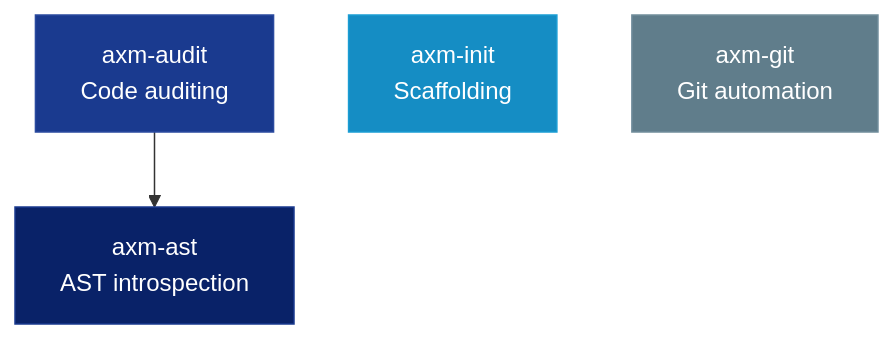
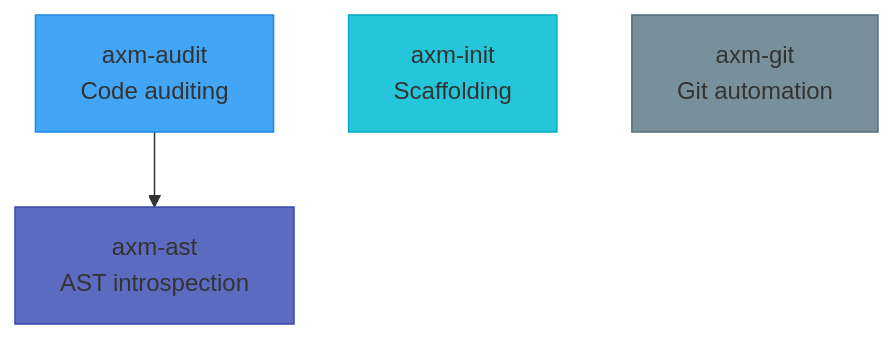
One commit to axm-protocols/axm-forge changed the diagram in README.md. Above: the diagram before and after it, drawn with Mermaid.

Commit message:
docs: fix Mermaid line breaks in README, use <br/> for GitHub rendering

````diff
--- a/README.md
+++ b/README.md
@@ -48,12 +48,12 @@
 ```mermaid
 graph TD
-    classDef ast fill:#092268,color:#ffffff,stroke:#1a3a8f
-    classDef audit fill:#1a3a8f,color:#ffffff,stroke:#2a4a9f
-    classDef init fill:#158DC4,color:#ffffff,stroke:#1a9dd4
-    classDef git fill:#607D8B,color:#ffffff,stroke:#708D9B
+    classDef ast fill:#5C6BC0,stroke:#3949AB
+    classDef audit fill:#42A5F5,stroke:#1E88E5
+    classDef init fill:#26C6DA,stroke:#00ACC1
+    classDef git fill:#78909C,stroke:#546E7A
 
-    AST["axm-ast\nAST introspection"]:::ast
-    AUDIT["axm-audit\nCode auditing"]:::audit --> AST
-    INIT["axm-init\nScaffolding"]:::init
-    GIT["axm-git\nGit automation"]:::git
+    AST["axm-ast<br/>AST introspection"]:::ast
+    AUDIT["axm-audit<br/>Code auditing"]:::audit --> AST
+    INIT["axm-init<br/>Scaffolding"]:::init
+    GIT["axm-git<br/>Git automation"]:::git
 ```
````
